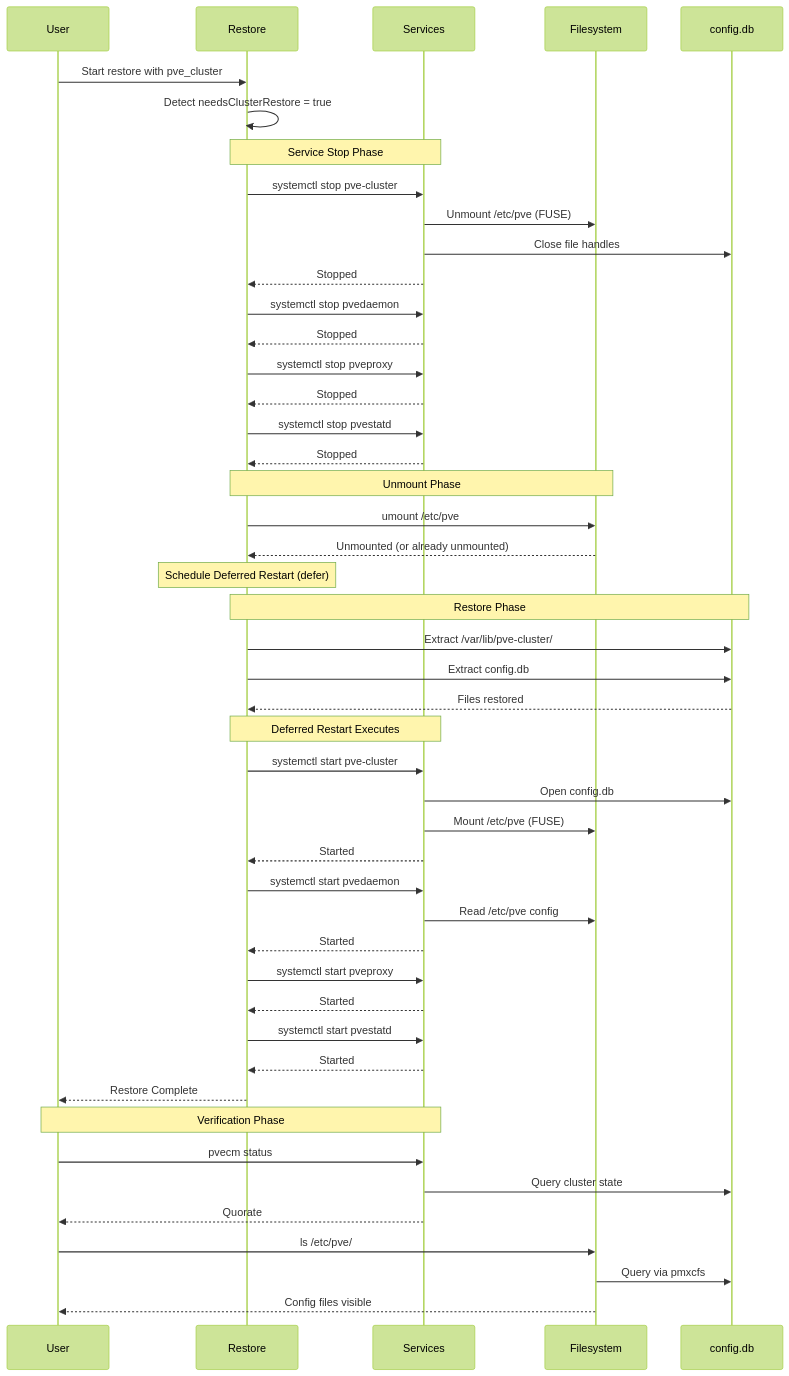
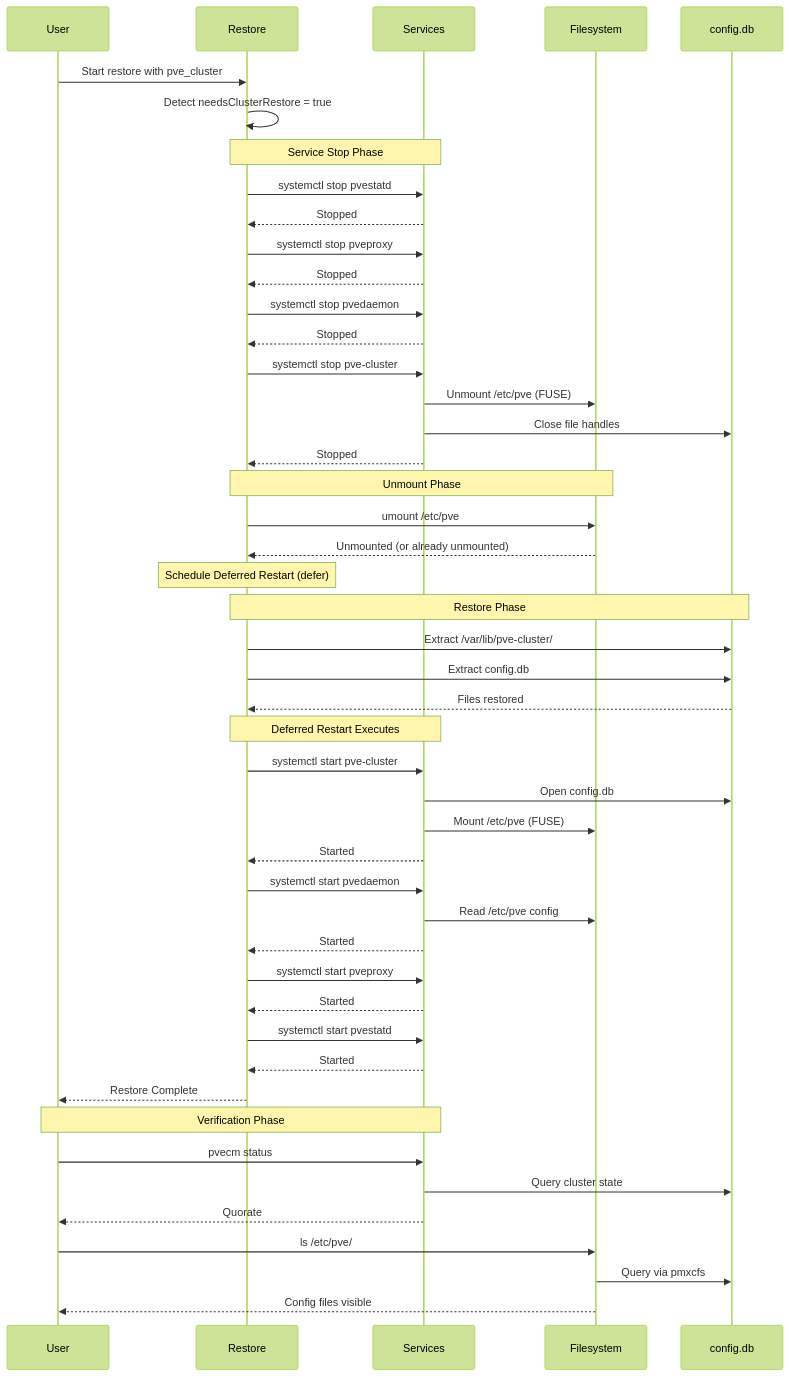
The third of 12 diagrams in docs/RESTORE_DIAGRAMS.md (tis24dev/proxsave), drawn with Mermaid (forest theme) before and after one commit. The commit also changed other lines of this file and 4 other files, not shown here.

````diff
--- a/docs/RESTORE_DIAGRAMS.md
+++ b/docs/RESTORE_DIAGRAMS.md
@@ -147,61 +147,60 @@
 ```mermaid
 sequenceDiagram
     participant User
     participant Restore
     participant Services
     participant FS as Filesystem
     participant DB as config.db
 
     User->>Restore: Start restore with pve_cluster
     Restore->>Restore: Detect needsClusterRestore = true
 
     Note over Restore,Services: Service Stop Phase
+    Restore->>Services: systemctl stop pvestatd
+    Services-->>Restore: Stopped
+    Restore->>Services: systemctl stop pveproxy
+    Services-->>Restore: Stopped
+    Restore->>Services: systemctl stop pvedaemon
+    Services-->>Restore: Stopped
     Restore->>Services: systemctl stop pve-cluster
     Services->>FS: Unmount /etc/pve (FUSE)
     Services->>DB: Close file handles
-    Services-->>Restore: Stopped
-
-    Restore->>Services: systemctl stop pvedaemon
-    Services-->>Restore: Stopped
-    Restore->>Services: systemctl stop pveproxy
-    Services-->>Restore: Stopped
-    Restore->>Services: systemctl stop pvestatd
     Services-->>Restore: Stopped
 
     Note over Restore,FS: Unmount Phase
     Restore->>FS: umount /etc/pve
     FS-->>Restore: Unmounted (or already unmounted)
 
     Note over Restore: Schedule Deferred Restart (defer)
 
     Note over Restore,DB: Restore Phase
     Restore->>DB: Extract /var/lib/pve-cluster/
     Restore->>DB: Extract config.db
     DB-->>Restore: Files restored
 
     Note over Restore,Services: Deferred Restart Executes
     Restore->>Services: systemctl start pve-cluster
     Services->>DB: Open config.db
     Services->>FS: Mount /etc/pve (FUSE)
     Services-->>Restore: Started
 
     Restore->>Services: systemctl start pvedaemon
     Services->>FS: Read /etc/pve config
     Services-->>Restore: Started
 
     Restore->>Services: systemctl start pveproxy
     Services-->>Restore: Started
 
     Restore->>Services: systemctl start pvestatd
     Services-->>Restore: Started
 
     Restore-->>User: Restore Complete
 
     Note over User,Services: Verification Phase
     User->>Services: pvecm status
     Services->>DB: Query cluster state
     Services-->>User: Quorate
     User->>FS: ls /etc/pve/
     FS->>DB: Query via pmxcfs
     FS-->>User: Config files visible
 ```
````
